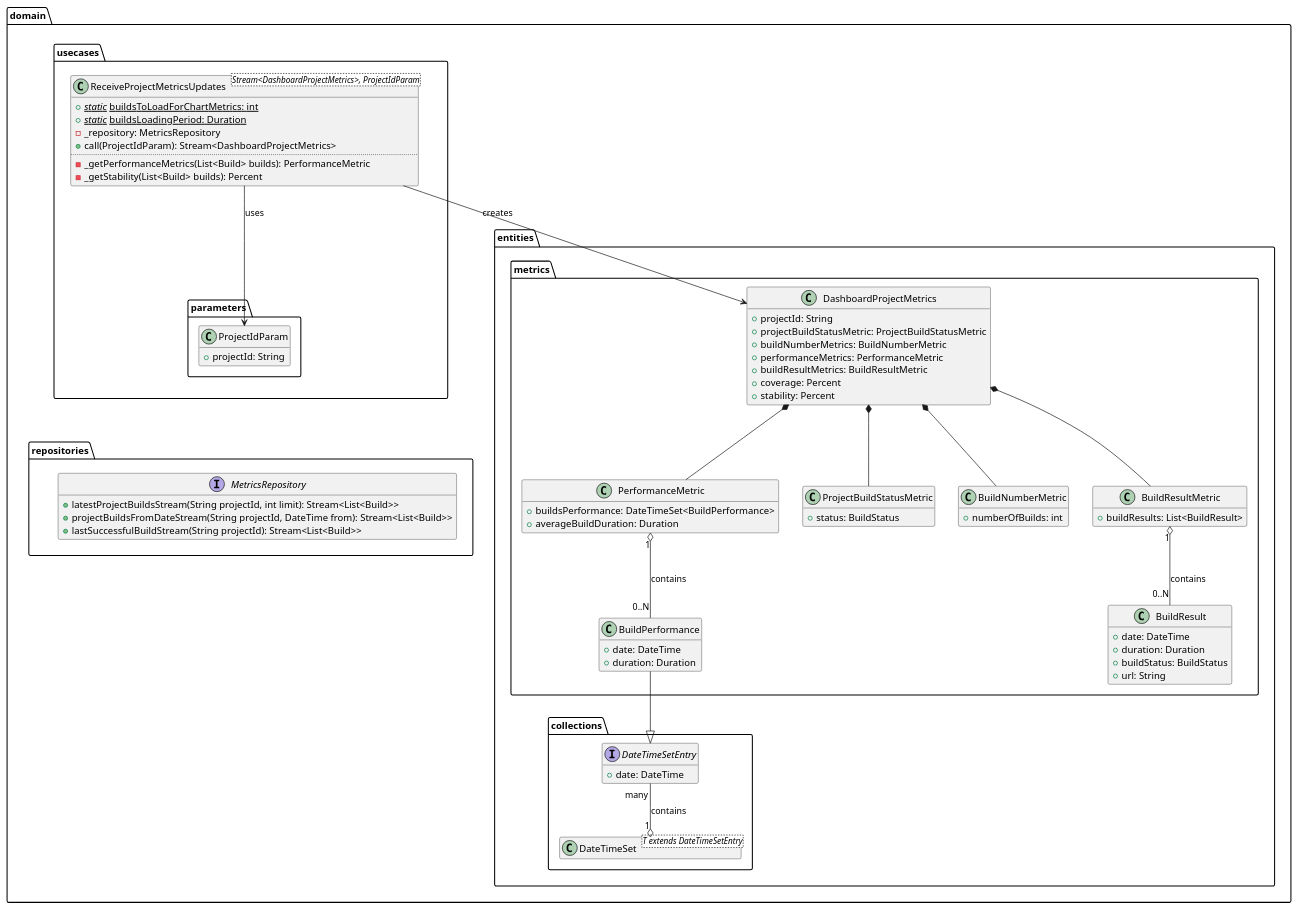
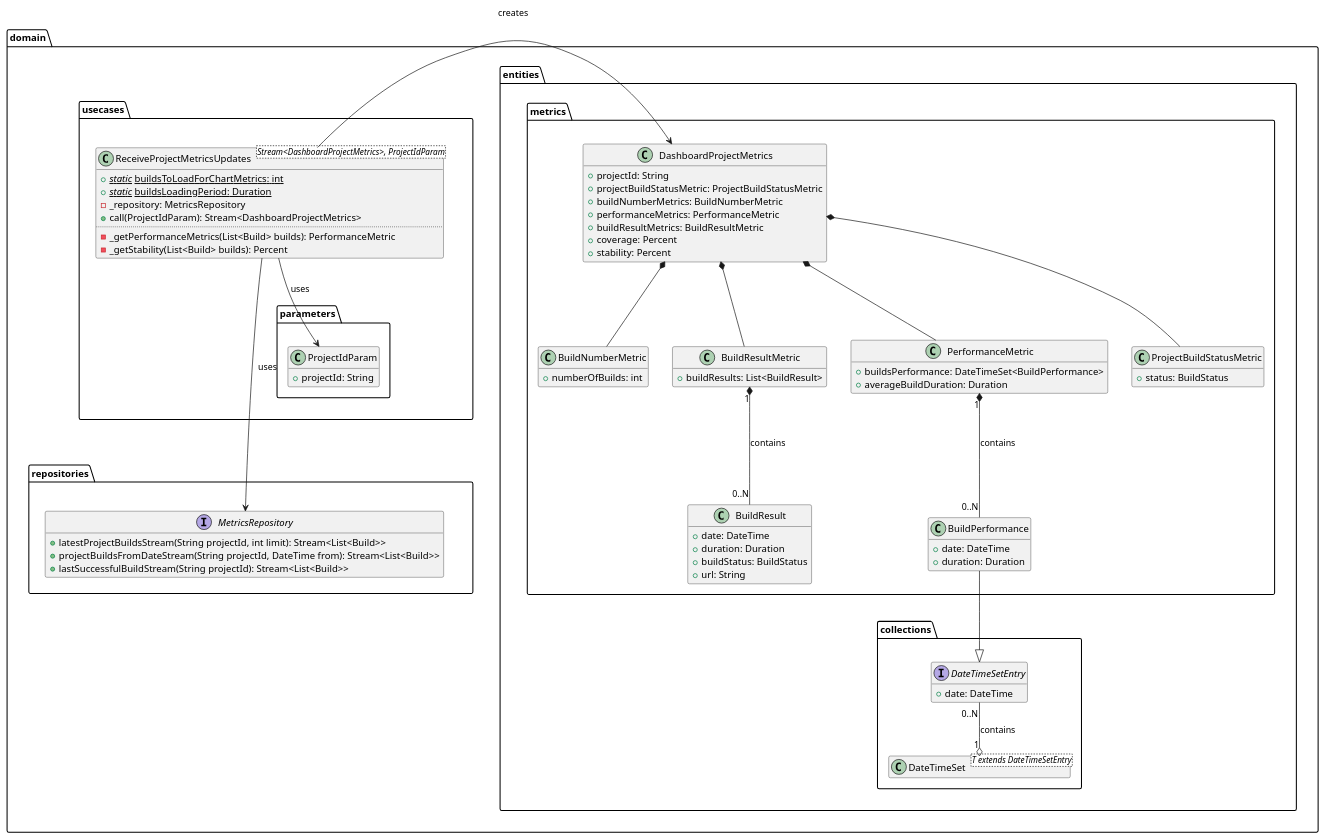
Before and after one commit to Flank/flank-dashboard: the diagram in metrics/web/docs/features/in_progress_builds/diagrams/domain_layer_class_diagram.puml, drawn with PlantUML. The commit also changed 2 other files, not shown here.

```diff
--- a/metrics/web/docs/features/in_progress_builds/diagrams/domain_layer_class_diagram.puml
+++ b/metrics/web/docs/features/in_progress_builds/diagrams/domain_layer_class_diagram.puml
@@ -1,100 +1,102 @@
 @startuml domain_layer_class_diagram
 'https://plantuml.com/class-diagram
 
 hide empty members
 
 package domain {
     package entities {
         package collections {
             class DateTimeSet<T extends DateTimeSetEntry> {}
 
             interface DateTimeSetEntry {
                 + date: DateTime
             }
 
-            DateTimeSet "1" o-up- "many" DateTimeSetEntry : contains
+            DateTimeSet "1" o-up- "0..N" DateTimeSetEntry: contains
         }
 
         package metrics {
             class BuildNumberMetric {
                 + numberOfBuilds: int
             }
 
             class BuildPerformance {
                 + date: DateTime
                 + duration: Duration
             }
 
             class BuildResult {
                 + date: DateTime
                 + duration: Duration
                 + buildStatus: BuildStatus
                 + url: String
             }
 
             class BuildResultMetric {
                 + buildResults: List<BuildResult>
             }
 
             class DashboardProjectMetrics {
                 + projectId: String
                 + projectBuildStatusMetric: ProjectBuildStatusMetric
                 + buildNumberMetrics: BuildNumberMetric
                 + performanceMetrics: PerformanceMetric
                 + buildResultMetrics: BuildResultMetric
                 + coverage: Percent
                 + stability: Percent
             }
 
             class PerformanceMetric {
                 + buildsPerformance: DateTimeSet<BuildPerformance>
                 + averageBuildDuration: Duration
             }
 
             class ProjectBuildStatusMetric {
                 + status: BuildStatus
             }
 
             DashboardProjectMetrics *-- BuildResultMetric
             DashboardProjectMetrics *-- PerformanceMetric
             DashboardProjectMetrics *-- ProjectBuildStatusMetric
             DashboardProjectMetrics *-- BuildNumberMetric
-            BuildResultMetric "1" o-down- "0..N" BuildResult : contains
-            PerformanceMetric "1" o-down- "0..N" BuildPerformance : contains
+            BuildResultMetric "1" *-down- "0..N" BuildResult: contains
+            PerformanceMetric "1" *-down- "0..N" BuildPerformance: contains
             BuildPerformance -down-|> DateTimeSetEntry
         }
     }
 
     package usecases {
         package parameters {
             class ProjectIdParam {
                 + projectId: String
             }
         }
 
         class ReceiveProjectMetricsUpdates<Stream<DashboardProjectMetrics>, ProjectIdParam> {
             + {static} //static// buildsToLoadForChartMetrics: int
             + {static} //static// buildsLoadingPeriod: Duration
             - _repository: MetricsRepository
             + call(ProjectIdParam): Stream<DashboardProjectMetrics>
             ..
             - _getPerformanceMetrics(List<Build> builds): PerformanceMetric
             - _getStability(List<Build> builds): Percent
         }
 
         ReceiveProjectMetricsUpdates -down-> ProjectIdParam: uses
-        ReceiveProjectMetricsUpdates --> DashboardProjectMetrics: creates
+        ReceiveProjectMetricsUpdates -> DashboardProjectMetrics: creates
     }
 
     package repositories {
         interface MetricsRepository {
             + latestProjectBuildsStream(String projectId, int limit): Stream<List<Build>>
             + projectBuildsFromDateStream(String projectId, DateTime from): Stream<List<Build>>
             + lastSuccessfulBuildStream(String projectId): Stream<List<Build>>
         }
     }
 
+    ReceiveProjectMetricsUpdates -up-> MetricsRepository : uses
     usecases -[hidden]down-- repositories
+    entities -[hidden]down-- repositories
 }
 
 @enduml
```
